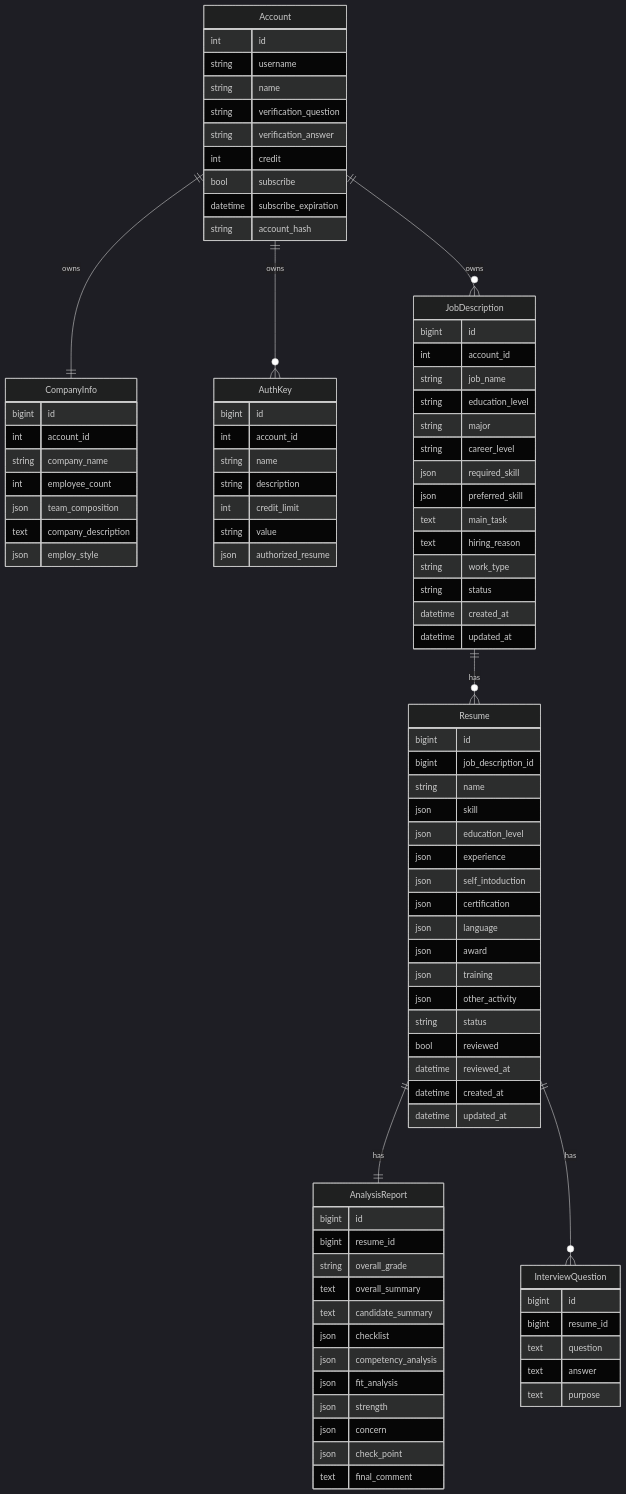
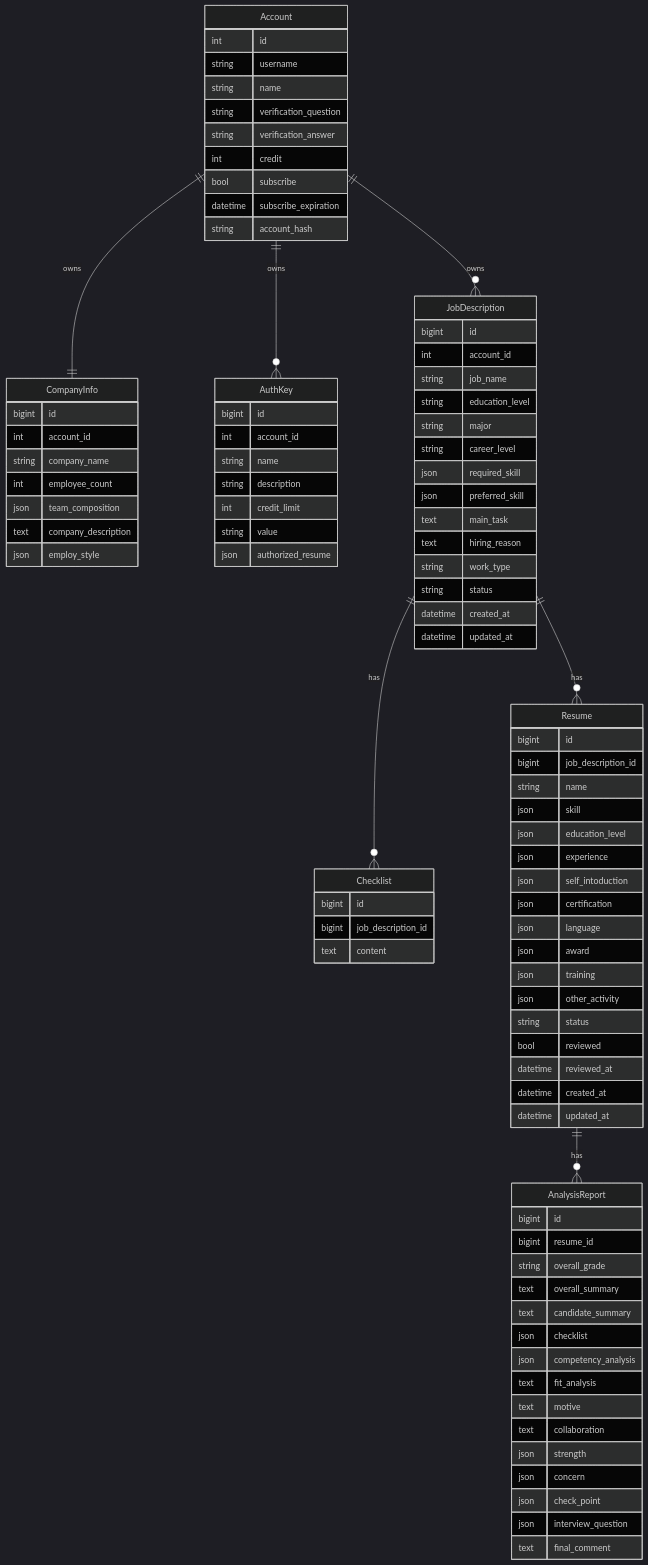
One commit to SKN26-Final-1st/Final_project changed the diagram in docs/05-database/schema-and-erd.md. Above: the diagram before and after it, drawn with Mermaid (dark theme). The commit also changed other lines of this file, not shown here.

Commit message:
docs(database): document Checklist model and interview_question JSON field
Add Checklist entity to ERD, remove InterviewQuestion table, and document that interview questions are stored in AnalysisReport.interview_question with expanded report field types.

````diff
--- a/docs/05-database/schema-and-erd.md
+++ b/docs/05-database/schema-and-erd.md
@@ -9,9 +9,9 @@
   Account ||--|| CompanyInfo : owns
   Account ||--o{ AuthKey : owns
   Account ||--o{ JobDescription : owns
+  JobDescription ||--o{ Checklist : has
   JobDescription ||--o{ Resume : has
-  Resume ||--|| AnalysisReport : has
-  Resume ||--o{ InterviewQuestion : has
+  Resume ||--o{ AnalysisReport : has
 
   Account {
     int id
@@ -62,6 +62,12 @@
     datetime updated_at
   }
 
+  Checklist {
+    bigint id
+    bigint job_description_id
+    text content
+  }
+
   Resume {
     bigint id
     bigint job_description_id
@@ -90,18 +96,13 @@
     text candidate_summary
     json checklist
     json competency_analysis
-    json fit_analysis
+    text fit_analysis
+    text motive
+    text collaboration
     json strength
     json concern
     json check_point
+    json interview_question
     text final_comment
   }
-
-  InterviewQuestion {
-    bigint id
-    bigint resume_id
-    text question
-    text answer
-    text purpose
-  }
 ```
````
